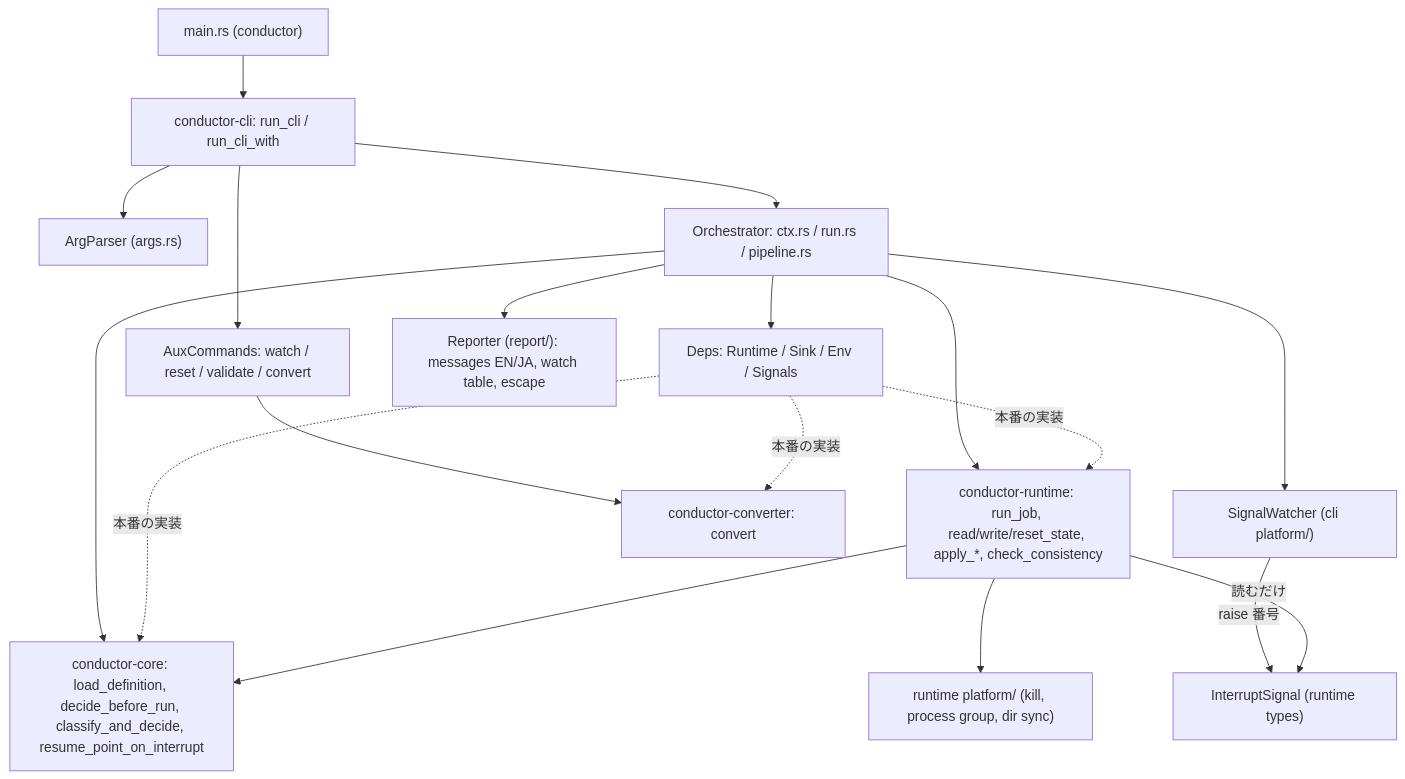
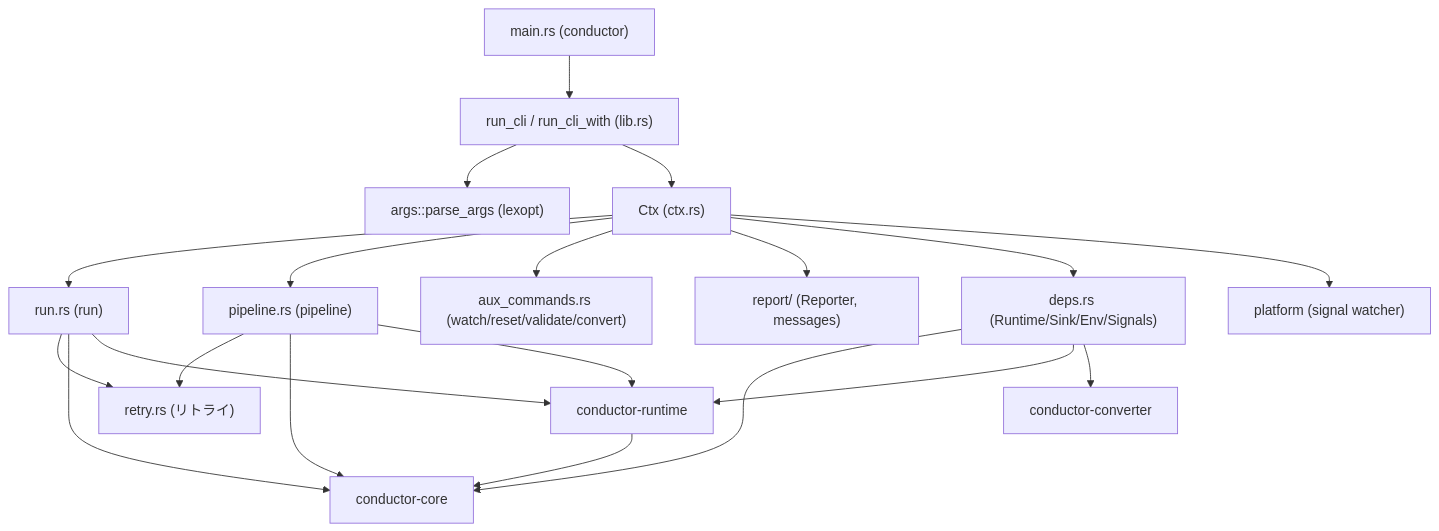
One commit to agwlvssainokuni/rust-job-conductor changed the first of 3 diagrams in aidlc/spaces/default/codekb/rust-job-conductor/architecture.md. Above: the diagram before and after it, drawn with Mermaid. The commit also changed other lines of this file and 12 other files, not shown here.

Commit message:
AI-DLC: env-graph-dryrun-init の reverse-engineering を承認(コード知識ベースを全体の再スキャンで更新)

````diff
--- a/aidlc/spaces/default/codekb/rust-job-conductor/architecture.md
+++ b/aidlc/spaces/default/codekb/rust-job-conductor/architecture.md
@@ -27,20 +20,22 @@
 ```mermaid
 flowchart TD
-    main["main.rs (conductor)"] --> cli["conductor-cli: run_cli / run_cli_with"]
-    cli --> args["ArgParser (args.rs)"]
-    cli --> orch["Orchestrator: ctx.rs / run.rs / pipeline.rs"]
-    cli --> aux["AuxCommands: watch / reset / validate / convert"]
-    orch --> deps["Deps: Runtime / Sink / Env / Signals"]
-    orch --> rep["Reporter (report/): messages EN/JA, watch table, escape"]
-    orch --> sigw["SignalWatcher (cli platform/)"]
-    orch --> core["conductor-core: load_definition, decide_before_run, classify_and_decide, resume_point_on_interrupt"]
-    orch --> rt["conductor-runtime: run_job, read/write/reset_state, apply_*, check_consistency"]
-    aux --> conv["conductor-converter: convert"]
-    deps -.本番の実装.-> core
-    deps -.本番の実装.-> rt
-    deps -.本番の実装.-> conv
-    rt --> core
-    rt --> plat["runtime platform/ (kill, process group, dir sync)"]
-    sigw -->|raise 番号| intsig["InterruptSignal (runtime types)"]
-    rt -->|読むだけ| intsig
+    main["main.rs (conductor)"] --> run_cli["run_cli / run_cli_with (lib.rs)"]
+    run_cli --> args["args::parse_args (lexopt)"]
+    run_cli --> ctx["Ctx (ctx.rs)"]
+    ctx --> run["run.rs (run)"]
+    ctx --> pipe["pipeline.rs (pipeline)"]
+    ctx --> aux["aux_commands.rs (watch/reset/validate/convert)"]
+    run --> retry["retry.rs (リトライ)"]
+    pipe --> retry
+    ctx --> report["report/ (Reporter, messages)"]
+    ctx --> deps["deps.rs (Runtime/Sink/Env/Signals)"]
+    deps --> core["conductor-core"]
+    deps --> runtime["conductor-runtime"]
+    deps --> conv["conductor-converter"]
+    run --> core
+    pipe --> core
+    run --> runtime
+    pipe --> runtime
+    runtime --> core
+    ctx --> plat["platform (signal watcher)"]
 ```
````
